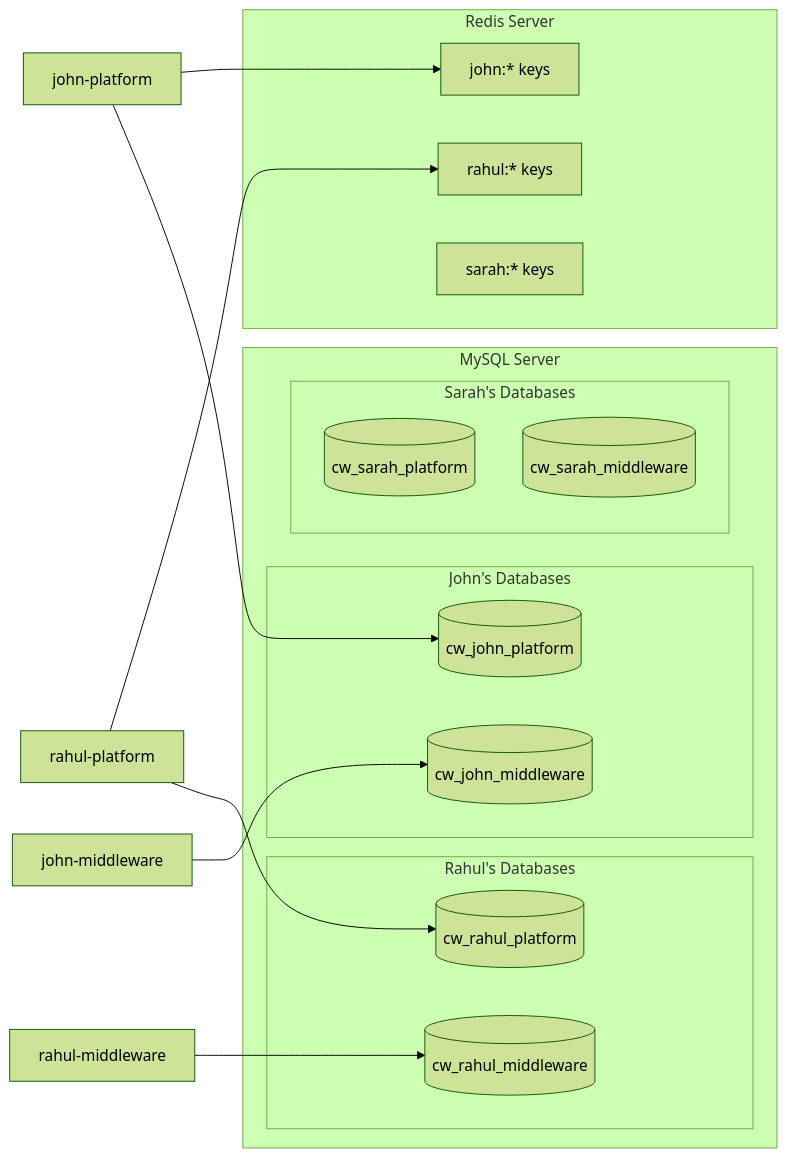
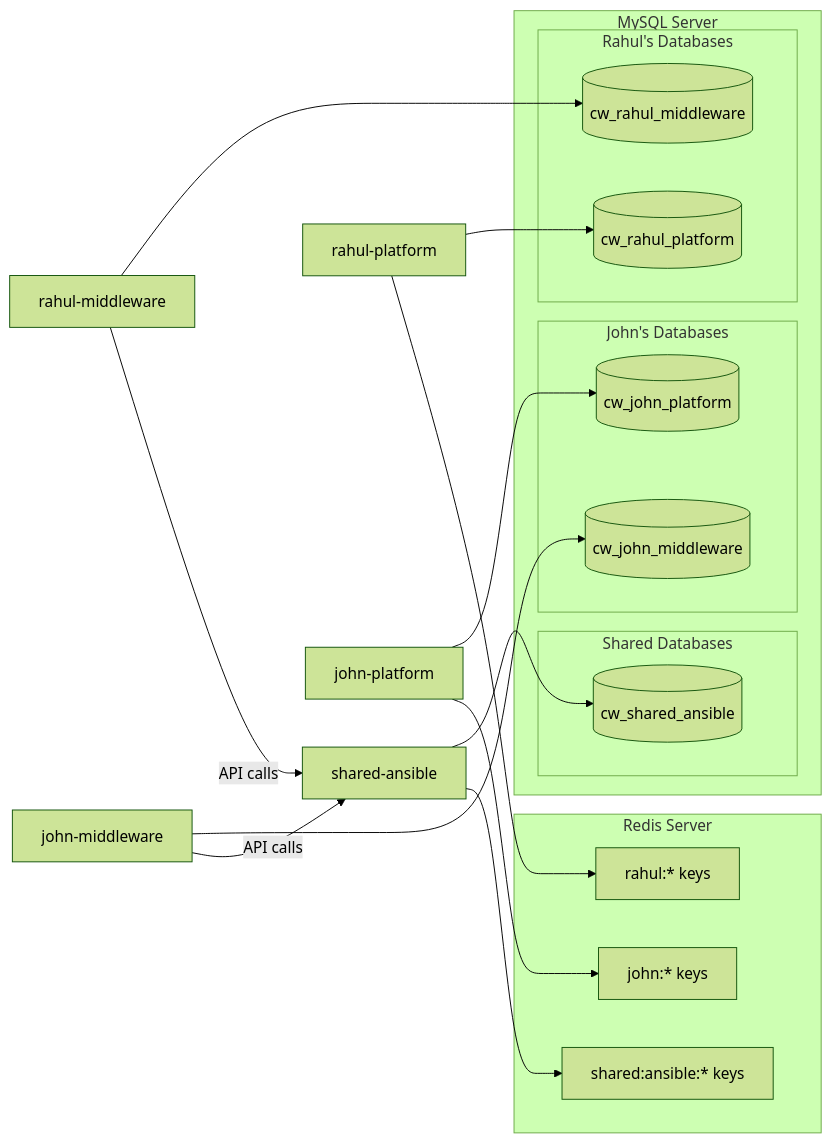
One commit to rj10940/dev changed the sixth of 9 diagrams in README.md. Above: the diagram before and after it, drawn with Mermaid (forest theme). The commit also changed other lines of this file and 8 other files, not shown here.

````diff
--- a/README.md
+++ b/README.md
@@ -306,33 +336,38 @@
 ```mermaid
 flowchart LR
     subgraph MySQL["MySQL Server"]
+        subgraph SharedDBs["Shared Databases"]
+            ADB[(cw_shared_ansible)]
+        end
+        
         subgraph RahulDBs["Rahul's Databases"]
             RDB1[(cw_rahul_platform)]
             RDB2[(cw_rahul_middleware)]
         end
         
         subgraph JohnDBs["John's Databases"]
             JDB1[(cw_john_platform)]
             JDB2[(cw_john_middleware)]
         end
-        
-        subgraph SarahDBs["Sarah's Databases"]
-            SDB1[(cw_sarah_platform)]
-            SDB2[(cw_sarah_middleware)]
-        end
     end
     
     subgraph Redis["Redis Server"]
+        SharedKeys[shared:ansible:* keys]
         RK[rahul:* keys]
         JK[john:* keys]
-        SK[sarah:* keys]
     end
+    
+    Ansible[shared-ansible] --> ADB
+    Ansible --> SharedKeys
     
     RP[rahul-platform] --> RDB1
     RM[rahul-middleware] --> RDB2
     RP --> RK
     
     JP[john-platform] --> JDB1
     JM[john-middleware] --> JDB2
     JP --> JK
+    
+    RM -->|API calls| Ansible
+    JM -->|API calls| Ansible
 ```
````
